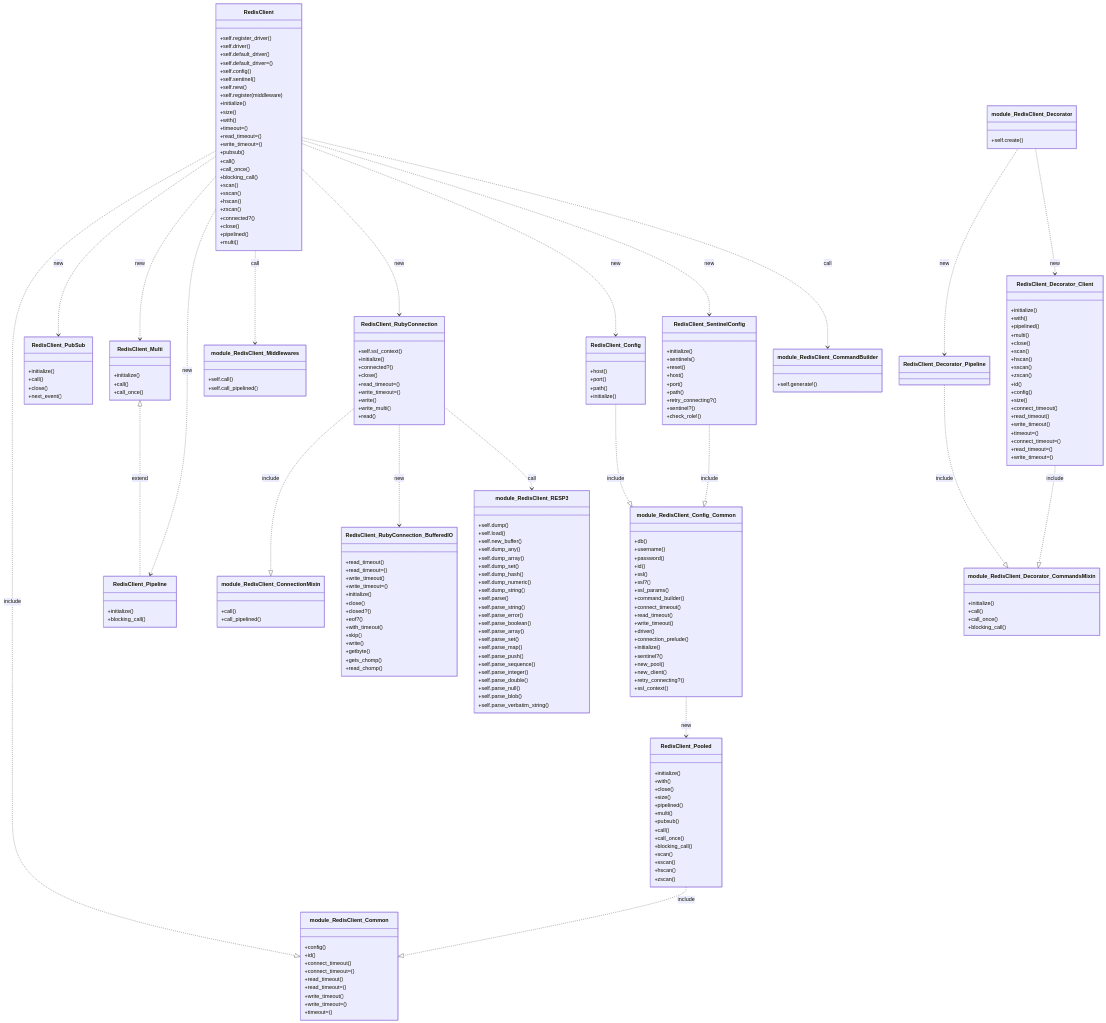
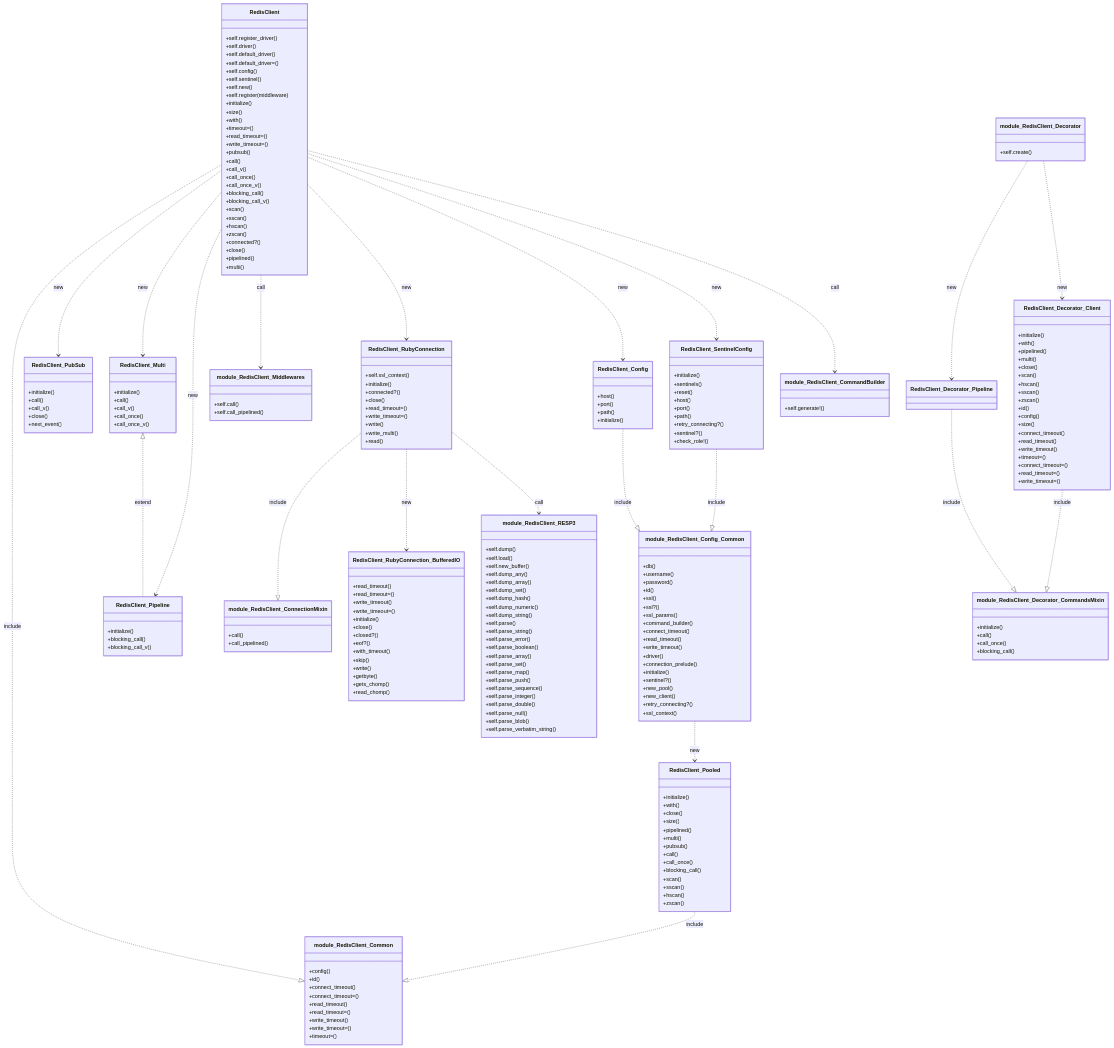
The diagram in docs/class_diagrams_redis_client.md (redis-rb/redis-cluster-client), drawn with Mermaid before and after one commit. The commit also changed 4 other files, not shown here.

```diff
--- a/docs/class_diagrams_redis_client.md
+++ b/docs/class_diagrams_redis_client.md
@@ -19,8 +19,11 @@
     +write_timeout=()
     +pubsub()
     +call()
+    +call_v()
     +call_once()
+    +call_once_v()
     +blocking_call()
+    +blocking_call_v()
     +scan()
     +sscan()
     +hscan()
@@ -46,6 +49,7 @@
   class RedisClient_PubSub {
     +initialize()
     +call()
+    +call_v()
     +close()
     +next_event()
   }
@@ -53,12 +57,15 @@
   class RedisClient_Multi {
     +initialize()
     +call()
+    +call_v()
     +call_once()
+    +call_once_v()
   }
 
   class RedisClient_Pipeline {
     +initialize()
     +blocking_call()
+    +blocking_call_v()
   }
 
   class RedisClient_RubyConnection_BufferedIO {
```
